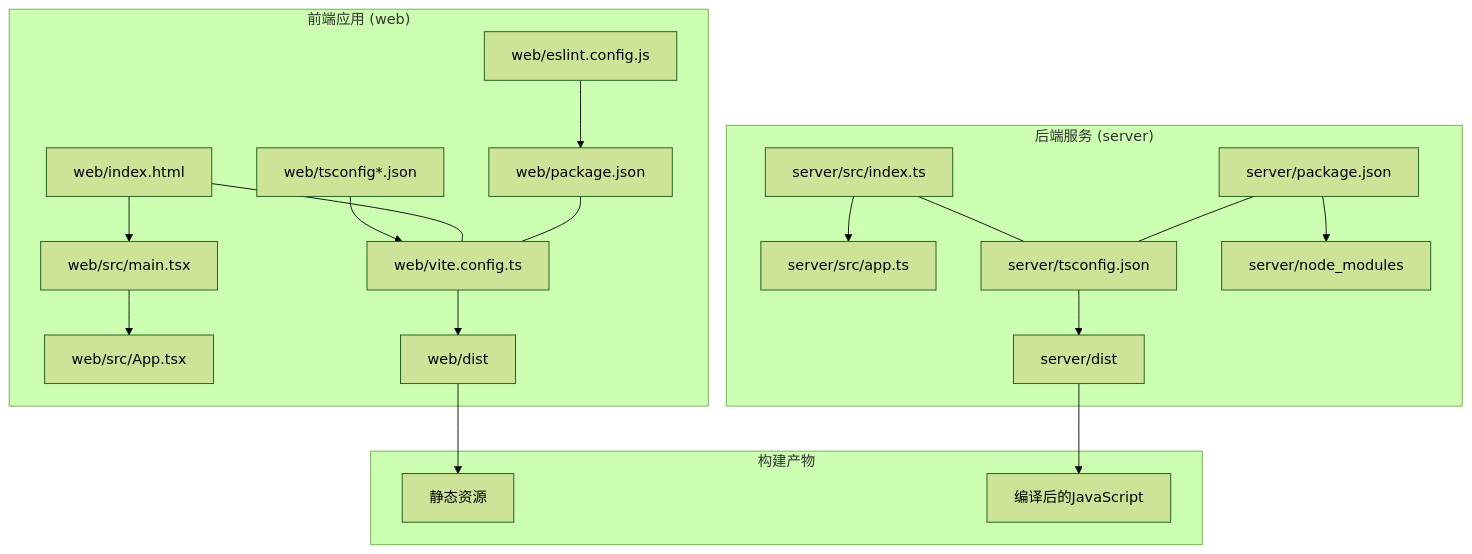
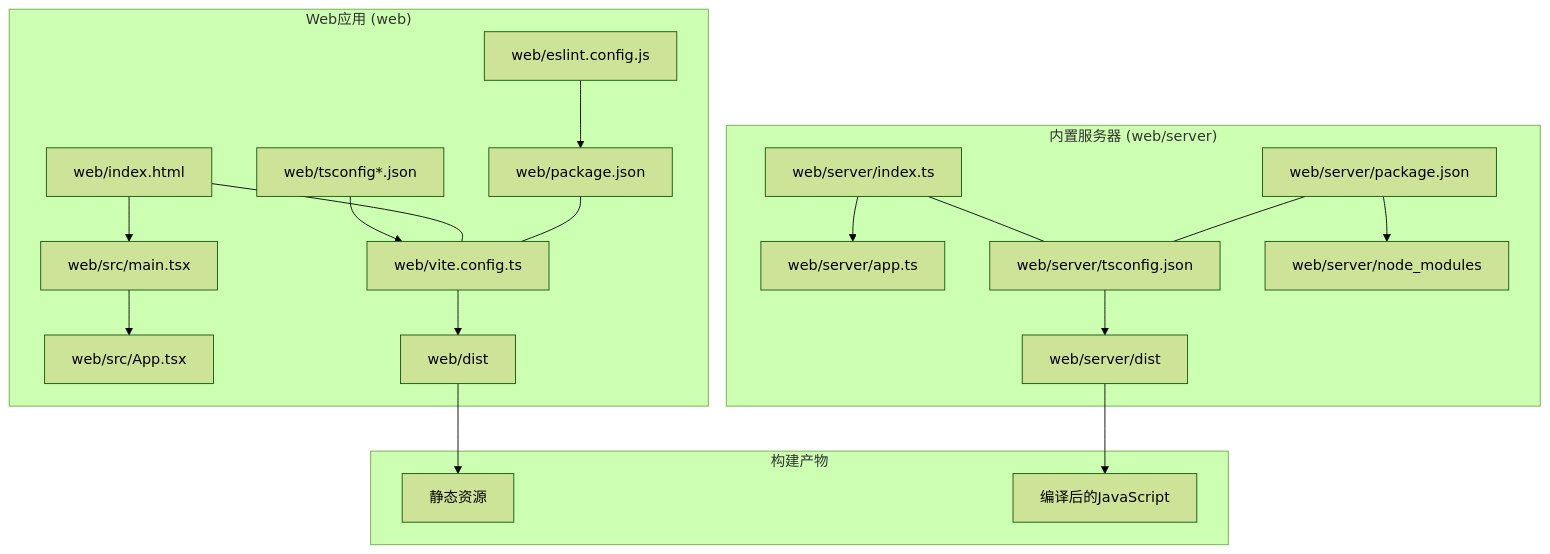
The first of 3 diagrams in .qoder/repowiki/zh/content/构建与部署/构建与部署.md (Maki3991/study-PactLedger), drawn with Mermaid (forest theme) before and after one commit. The commit also changed other lines of this file and 8 other files, not shown here.

````diff
--- a/.qoder/repowiki/zh/content/构建与部署/构建与部署.md
+++ b/.qoder/repowiki/zh/content/构建与部署/构建与部署.md
@@ -49,23 +49,23 @@
 ```mermaid
 graph TB
-subgraph "前端应用 (web)"
+subgraph "Web应用 (web)"
 A["web/index.html"] --> B["web/src/main.tsx"]
 B --> C["web/src/App.tsx"]
 D["web/vite.config.ts"] --> E["web/dist"]
 F["web/tsconfig*.json"] --> D
 G["web/eslint.config.js"] --> H["web/package.json"]
 end
-subgraph "后端服务 (server)"
-I["server/src/index.ts"] --> J["server/src/app.ts"]
-K["server/tsconfig.json"] --> L["server/dist"]
-M["server/package.json"] --> N["server/node_modules"]
+subgraph "内置服务器 (web/server)"
+I["web/server/index.ts"] --> J["web/server/app.ts"]
+K["web/server/tsconfig.json"] --> L["web/server/dist"]
+M["web/server/package.json"] --> N["web/server/node_modules"]
 end
 subgraph "构建产物"
 E --> O["静态资源"]
 L --> P["编译后的JavaScript"]
 end
 A --- D
 I --- K
 H --- D
 M --- K
 ```
````
